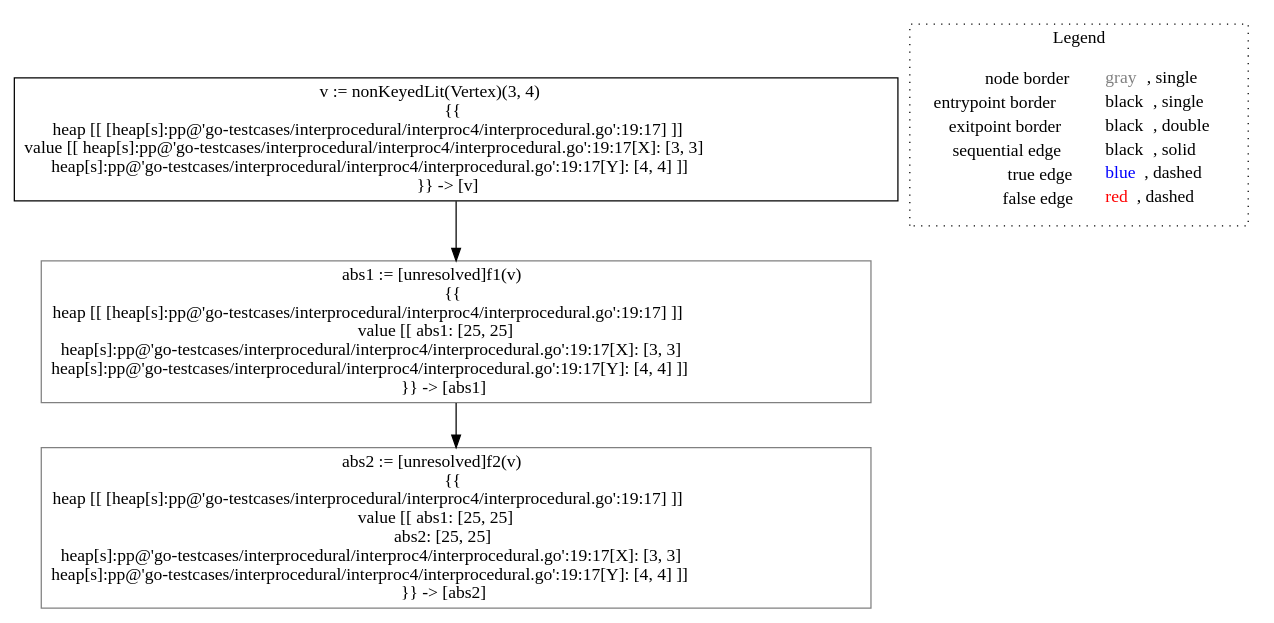
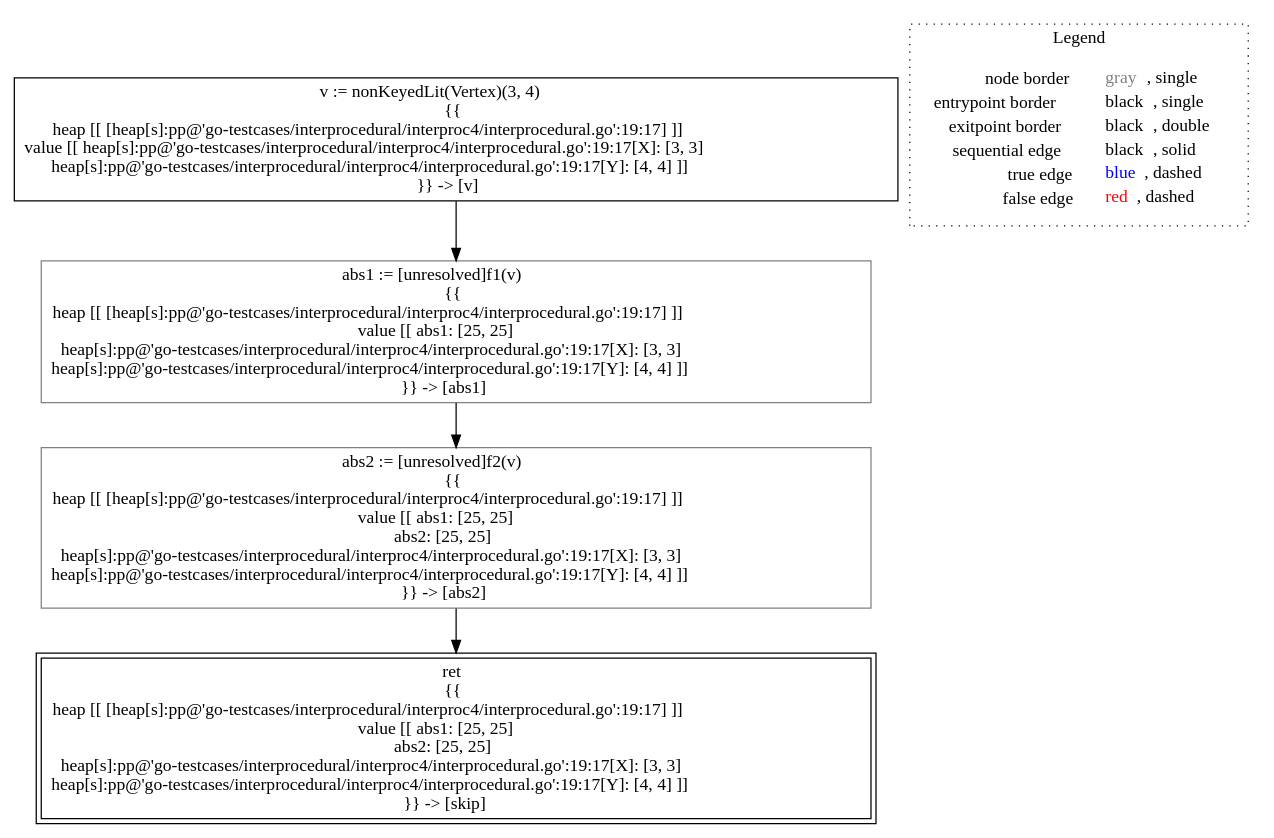
Before and after one commit to lisa-analyzer/go-lisa: the diagram in go-lisa/go-testcases/interprocedural/interproc4/analysis___untyped_~LiSAProgram.main().dot, drawn with Graphviz. The commit also changed 86 other files, not shown here.

```diff
--- a/go-lisa/go-testcases/interprocedural/interproc4/analysis___untyped_~LiSAProgram.main().dot
+++ b/go-lisa/go-testcases/interprocedural/interproc4/analysis___untyped_~LiSAProgram.main().dot
@@ -1,14 +1,16 @@
 digraph {
 	"node0" [shape="rect",color="black",label=<v := nonKeyedLit(Vertex)(3, 4)<BR/>{{<BR/>heap [[ [heap[s]:pp@'go-testcases/interprocedural/interproc4/interprocedural.go':19:17] ]]<BR/>value [[ heap[s]:pp@'go-testcases/interprocedural/interproc4/interprocedural.go':19:17[X]: [3, 3]<BR/>heap[s]:pp@'go-testcases/interprocedural/interproc4/interprocedural.go':19:17[Y]: [4, 4] ]]<BR/>}} -&gt; [v]>];
 	"node1" [shape="rect",color="gray",label=<abs1 := [unresolved]f1(v)<BR/>{{<BR/>heap [[ [heap[s]:pp@'go-testcases/interprocedural/interproc4/interprocedural.go':19:17] ]]<BR/>value [[ abs1: [25, 25]<BR/>heap[s]:pp@'go-testcases/interprocedural/interproc4/interprocedural.go':19:17[X]: [3, 3]<BR/>heap[s]:pp@'go-testcases/interprocedural/interproc4/interprocedural.go':19:17[Y]: [4, 4] ]]<BR/>}} -&gt; [abs1]>];
 	"node2" [shape="rect",color="gray",label=<abs2 := [unresolved]f2(v)<BR/>{{<BR/>heap [[ [heap[s]:pp@'go-testcases/interprocedural/interproc4/interprocedural.go':19:17] ]]<BR/>value [[ abs1: [25, 25]<BR/>abs2: [25, 25]<BR/>heap[s]:pp@'go-testcases/interprocedural/interproc4/interprocedural.go':19:17[X]: [3, 3]<BR/>heap[s]:pp@'go-testcases/interprocedural/interproc4/interprocedural.go':19:17[Y]: [4, 4] ]]<BR/>}} -&gt; [abs2]>];
+	"node3" [shape="rect",color="black",peripheries="2",label=<ret<BR/>{{<BR/>heap [[ [heap[s]:pp@'go-testcases/interprocedural/interproc4/interprocedural.go':19:17] ]]<BR/>value [[ abs1: [25, 25]<BR/>abs2: [25, 25]<BR/>heap[s]:pp@'go-testcases/interprocedural/interproc4/interprocedural.go':19:17[X]: [3, 3]<BR/>heap[s]:pp@'go-testcases/interprocedural/interproc4/interprocedural.go':19:17[Y]: [4, 4] ]]<BR/>}} -&gt; [skip]>];
 	"node1" -> "node2" [color="black"];
 	"node0" -> "node1" [color="black"];
+	"node2" -> "node3" [color="black"];
 subgraph cluster_legend {
 	label="Legend";
 	style=dotted;
 	node [shape=plaintext];
 	"legend" [label=<<table border="0" cellpadding="2" cellspacing="0" cellborder="0"><tr><td align="right">node border&nbsp;</td><td align="left"><font color="gray">gray</font>, single</td></tr><tr><td align="right">entrypoint border&nbsp;</td><td align="left"><font color="black">black</font>, single</td></tr><tr><td align="right">exitpoint border&nbsp;</td><td align="left"><font color="black">black</font>, double</td></tr><tr><td align="right">sequential edge&nbsp;</td><td align="left"><font color="black">black</font>, solid</td></tr><tr><td align="right">true edge&nbsp;</td><td align="left"><font color="blue">blue</font>, dashed</td></tr><tr><td align="right">false edge&nbsp;</td><td align="left"><font color="red">red</font>, dashed</td></tr></table>>];
 }
 
 }
```
